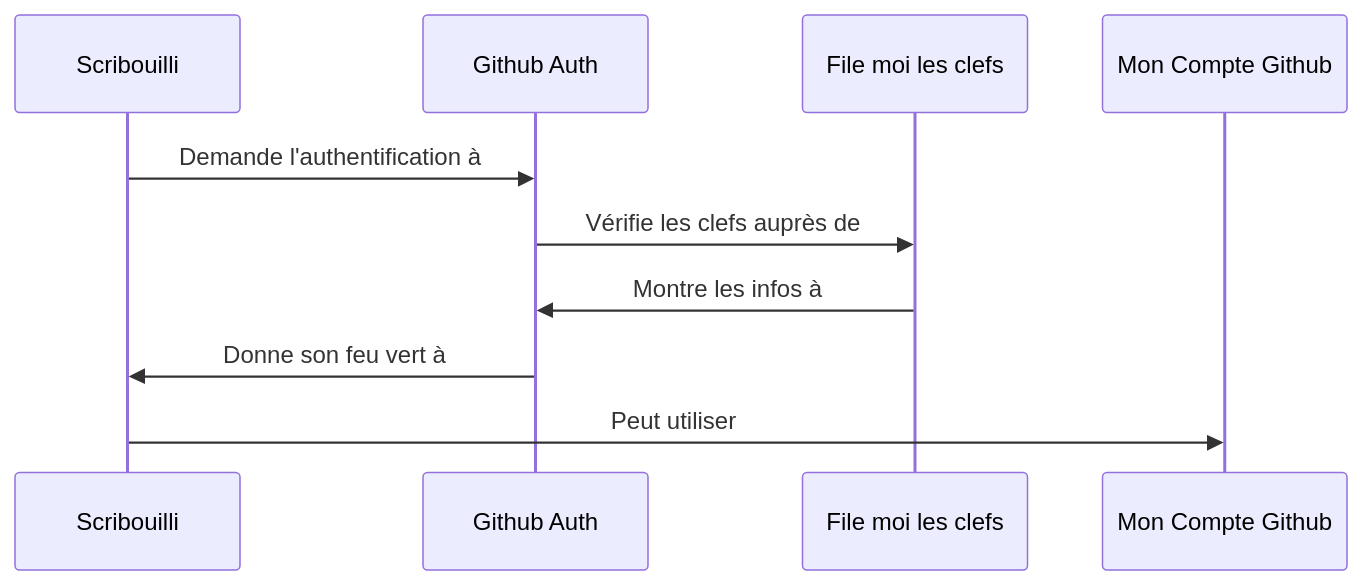
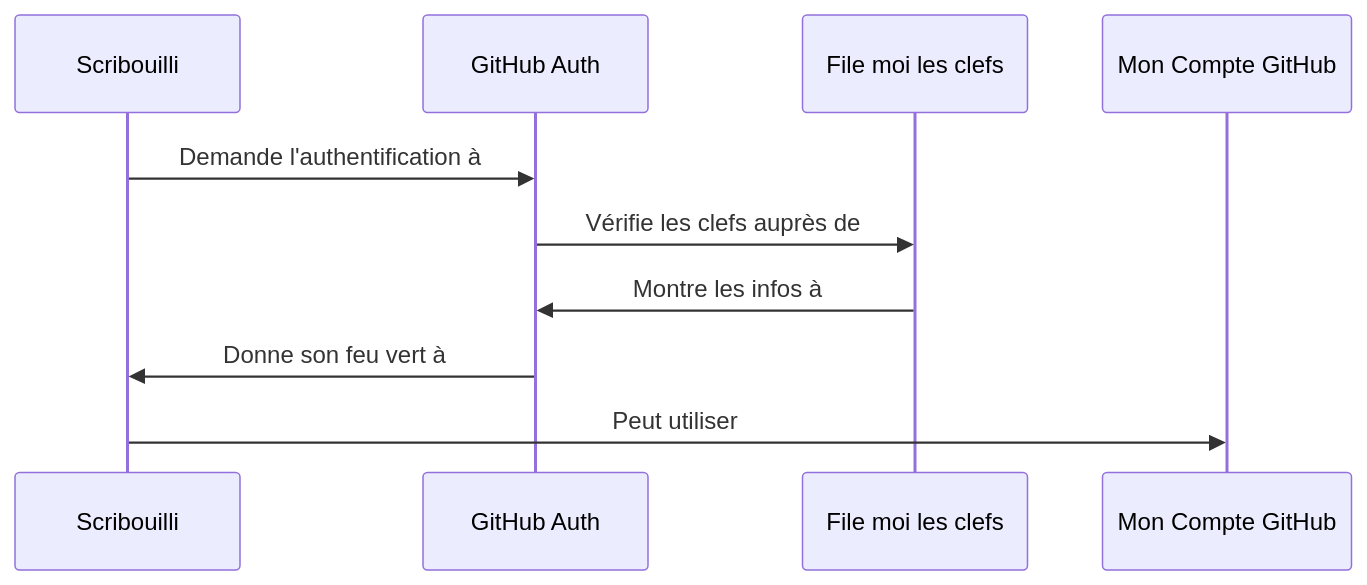
Before and after one commit to Scribouilli/scribouilli: the diagram in README.md, drawn with Mermaid. The commit also changed 7 other files, not shown here.

Commit message:
Pinaillage : Github > GitHub

````diff
--- a/README.md
+++ b/README.md
@@ -23,12 +23,12 @@
 ```mermaid
 sequenceDiagram;
     participant A as Scribouilli
-    participant B as Github Auth
+    participant B as GitHub Auth
     participant C as File moi les clefs
-    participant D as Mon Compte Github
+    participant D as Mon Compte GitHub
     A->>B: Demande l'authentification à
     B->>C: Vérifie les clefs auprès de
     C->>B: Montre les infos à
     B->>A: Donne son feu vert à
     A->>D: Peut utiliser
 ```
````
